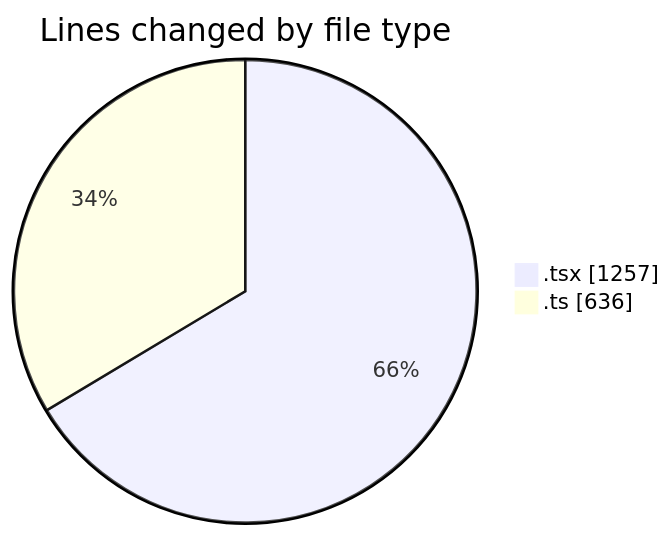
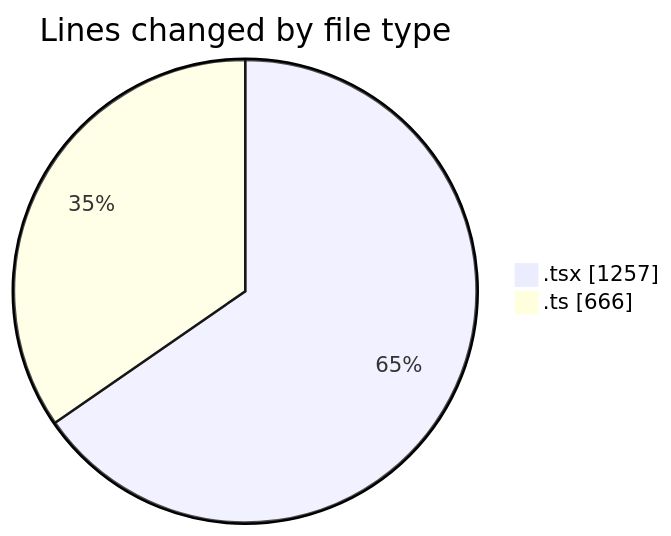
The first of 2 diagrams in 2026-05-03/nxtqube_webapp/README.md (nxtqubesakshisongat/code-tracking), drawn with Mermaid before and after one commit. The commit also changed other lines of this file and 1 other file, not shown here.

````diff
--- a/2026-05-03/nxtqube_webapp/README.md
+++ b/2026-05-03/nxtqube_webapp/README.md
@@ -21,6 +21,6 @@
 ```mermaid
 pie showData
 title Lines changed by file type
 ".tsx" : 1257
-".ts" : 636
+".ts" : 666
 ```
````
